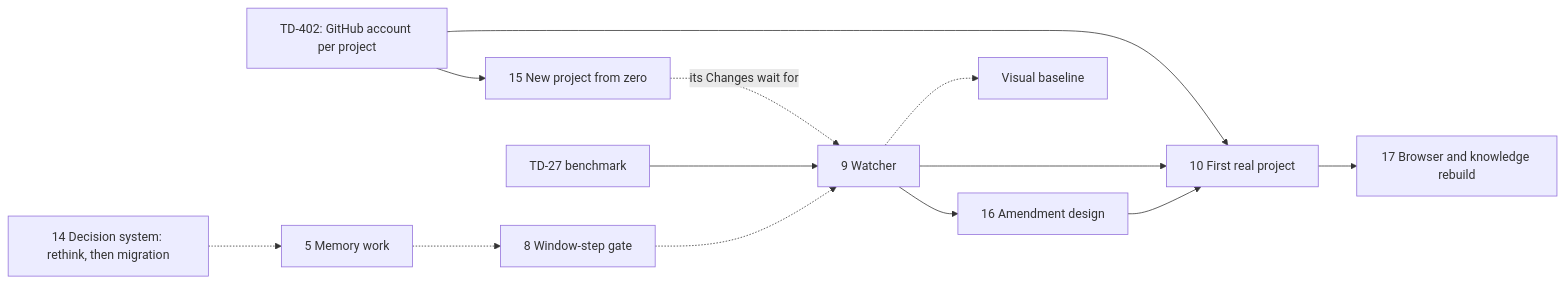
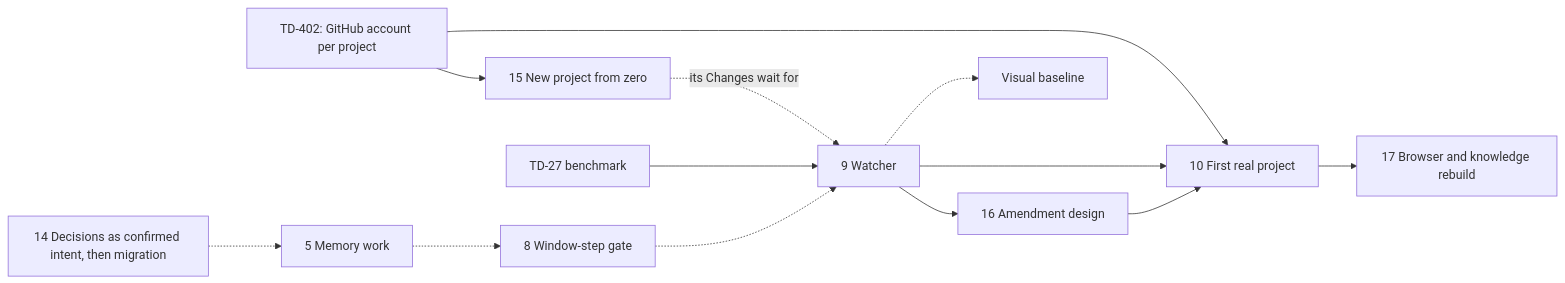
One commit to maba-pag/owlbear changed the diagram in .owlbear/research/owlbear-plan.md. Above: the diagram before and after it, drawn with Mermaid. The commit also changed other lines of this file and 4 other files, not shown here.

Commit message:
docs: decisions as the owner's confirmed intent (TD-448..TD-455), the redesign and the plan

````diff
--- a/.owlbear/research/owlbear-plan.md
+++ b/.owlbear/research/owlbear-plan.md
@@ -104,15 +104,15 @@
 ```mermaid
 flowchart LR
   A402["TD-402: GitHub account per project"] --> I15["15 New project from zero"]
   A402 --> I10["10 First real project"]
-  I14["14 Decision system: rethink, then migration"] -.-> I5["5 Memory work"]
+  I14["14 Decisions as confirmed intent, then migration"] -.-> I5["5 Memory work"]
   I5 -.-> I8["8 Window-step gate"]
   I8 -.-> I9["9 Watcher"]
   B27["TD-27 benchmark"] --> I9
   I9 --> I16["16 Amendment design"]
   I16 --> I10
   I9 --> I10
   I15 -. its Changes wait for .-> I9
   I10 --> I17["17 Browser and knowledge rebuild"]
   I9 -.-> VB["Visual baseline"]
 ```
````
